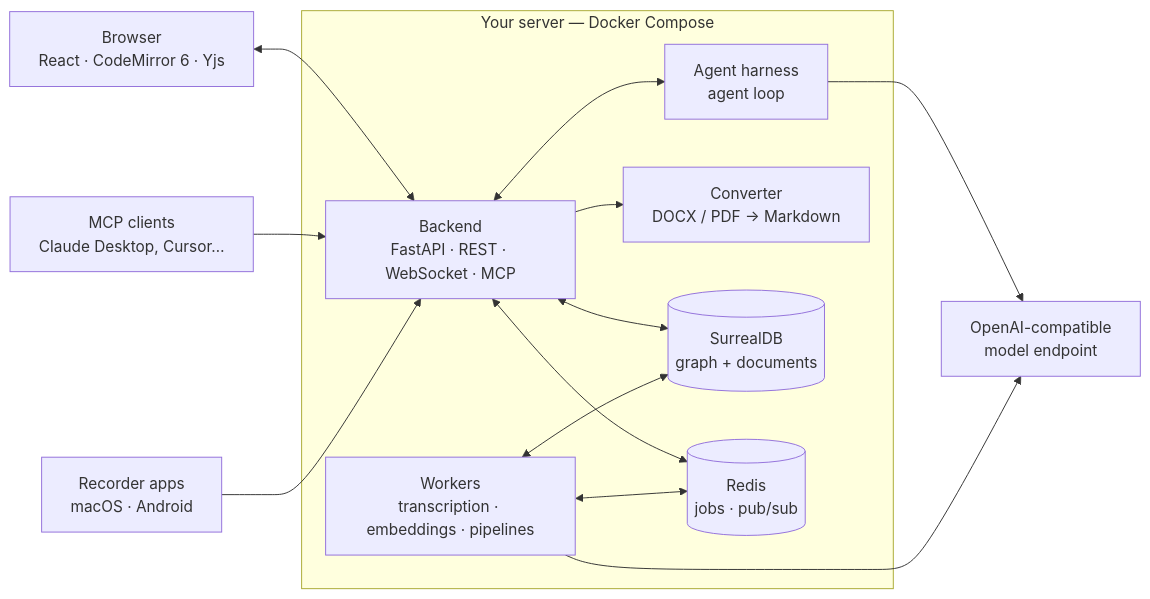
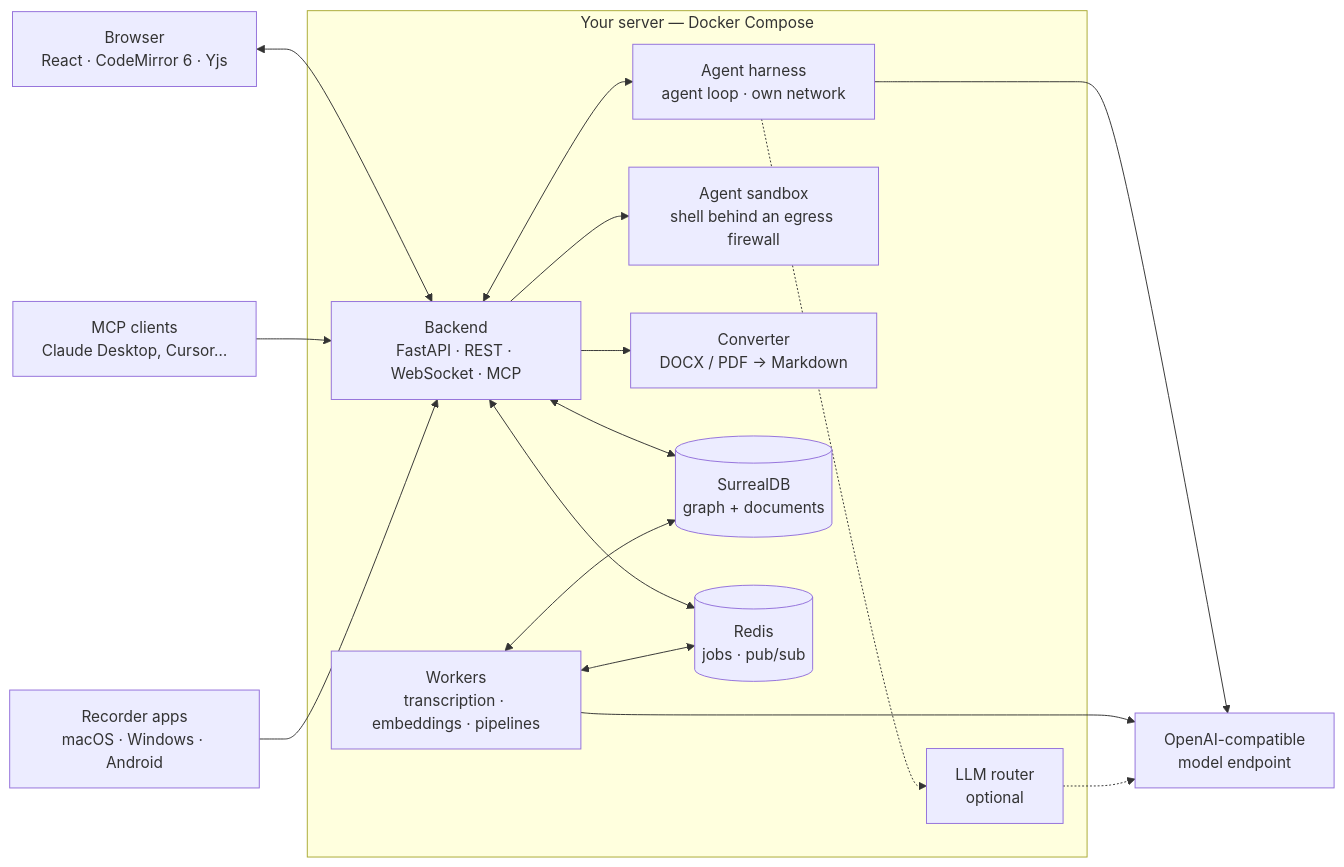
The diagram in README.md (kreolsky/lore-knowledge-creator), drawn with Mermaid before and after one commit. The commit also changed other lines of this file and 14 other files, not shown here.

````diff
--- a/README.md
+++ b/README.md
@@ -195,29 +198,34 @@
 ```mermaid
 flowchart LR
     browser["Browser<br/>React · CodeMirror 6 · Yjs"]
     mcp["MCP clients<br/>Claude Desktop, Cursor…"]
-    apps["Recorder apps<br/>macOS · Android"]
+    apps["Recorder apps<br/>macOS · Windows · Android"]
 
     subgraph server["Your server — Docker Compose"]
         backend["Backend<br/>FastAPI · REST · WebSocket · MCP"]
         worker["Workers<br/>transcription · embeddings · pipelines"]
-        harness["Agent harness<br/>agent loop"]
+        harness["Agent harness<br/>agent loop · own network"]
+        sandbox["Agent sandbox<br/>shell behind an egress firewall"]
         converter["Converter<br/>DOCX / PDF → Markdown"]
+        router["LLM router<br/>optional"]
         db[("SurrealDB<br/>graph + documents")]
         redis[("Redis<br/>jobs · pub/sub")]
     end
 
     llm["OpenAI-compatible<br/>model endpoint"]
 
     browser <--> backend
     mcp --> backend
     apps --> backend
     backend <--> db
     backend <--> redis
     worker <--> redis
     worker <--> db
     backend <--> harness
+    backend --> sandbox
     backend --> converter
     harness --> llm
     worker --> llm
+    harness -.-> router
+    router -.-> llm
 ```
````
